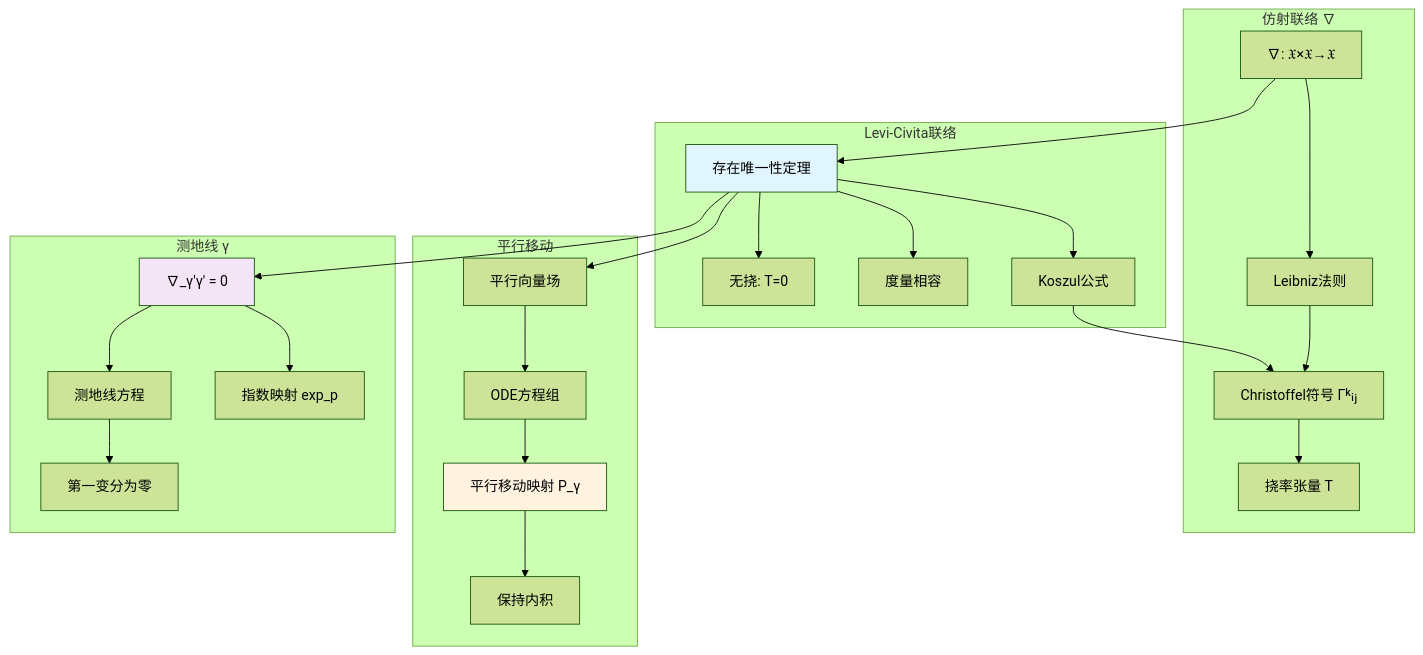
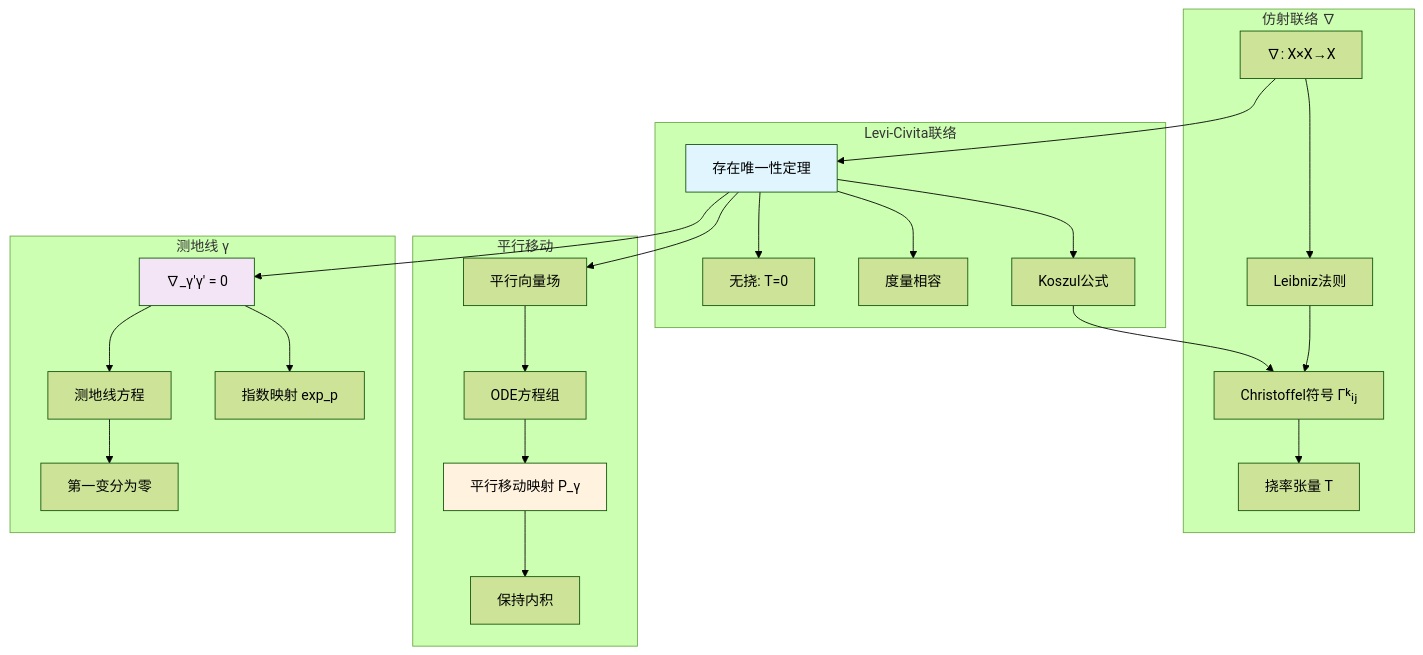
The sixth of 10 diagrams in docs/00-推理判断树/04-微分几何完整推理树.md (AdaMartin18010/FormalMath), drawn with Mermaid (forest theme) before and after one commit. The commit also changed other lines of this file and 99 other files, not shown here.

````diff
--- a/docs/00-推理判断树/04-微分几何完整推理树.md
+++ b/docs/00-推理判断树/04-微分几何完整推理树.md
@@ -889,54 +1163,54 @@
 ```mermaid
 graph TD
     subgraph 仿射联络["仿射联络 ∇"]
-        CONN2[∇: 𝔛×𝔛→𝔛]
+        CONN2[∇: X×X→X]
         LEIBNIZ[Leibniz法则]
         CHRIST[Christoffel符号 Γᵏᵢⱼ]
         TORSION[挠率张量 T]
     end
-    
+
     subgraph Levi_Civita["Levi-Civita联络"]
         LC2[存在唯一性定理]
         T_FREE[无挠: T=0]
         COMPAT[度量相容]
         KOSZUL[Koszul公式]
     end
-    
+
     subgraph 平行移动["平行移动"]
         PARALLELV[平行向量场]
         ODE[ODE方程组]
         P_MAP[平行移动映射 P_γ]
         PRESERVE[保持内积]
     end
-    
+
     subgraph 测地线["测地线 γ"]
         GEO2[∇_γ'γ' = 0]
         GEO_EQ[测地线方程]
         VARIATION[第一变分为零]
         EXP[指数映射 exp_p]
     end
-    
+
     CONN2 --> LEIBNIZ
     LEIBNIZ --> CHRIST
     CHRIST --> TORSION
-    
+
     CONN2 --> LC2
     LC2 --> T_FREE
     LC2 --> COMPAT
     LC2 --> KOSZUL
     KOSZUL --> CHRIST
-    
+
     LC2 --> PARALLELV
     PARALLELV --> ODE
     ODE --> P_MAP
     P_MAP --> PRESERVE
-    
+
     LC2 --> GEO2
     GEO2 --> GEO_EQ
     GEO_EQ --> VARIATION
     GEO2 --> EXP
-    
+
     style LC2 fill:#e1f5fe
     style P_MAP fill:#fff3e0
     style GEO2 fill:#f3e5f5
 ```
````
